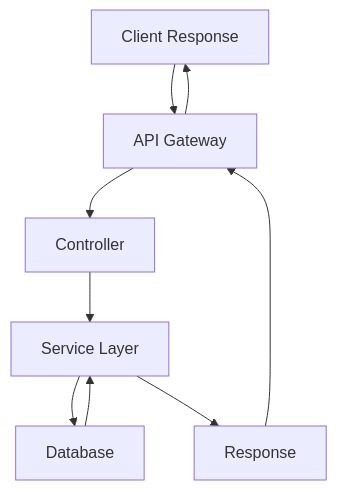
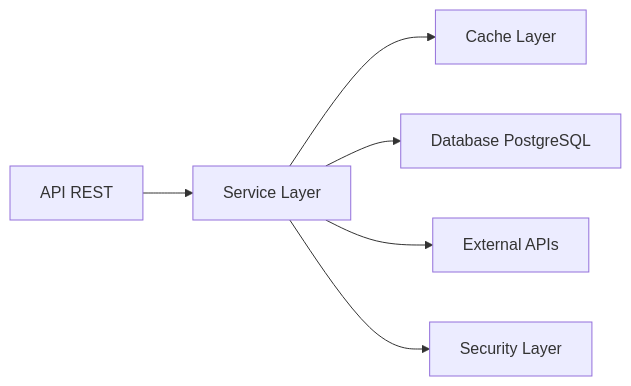
The third of 3 diagrams in README.md (bessa2121/client-cep-api), drawn with Mermaid before and after one commit. The commit also changed other lines of this file, not shown here.

````diff
--- a/README.md
+++ b/README.md
@@ -27,11 +161,8 @@
 ```mermaid
-graph TD;
-    A[Client Request] --> B[API Gateway];
-    B --> C[Controller];
-    C --> D[Service Layer];
-    D --> E[Database];
-    E --> D;
-    D --> F[Response];
-    F --> B;
-    B --> A[Client Response];
+flowchart LR
+    A[API REST] --> B[Service Layer]
+    B --> C[Cache Layer]
+    B --> D[Database PostgreSQL]
+    B --> E[External APIs]
+    B --> F[Security Layer]
 ```
````
